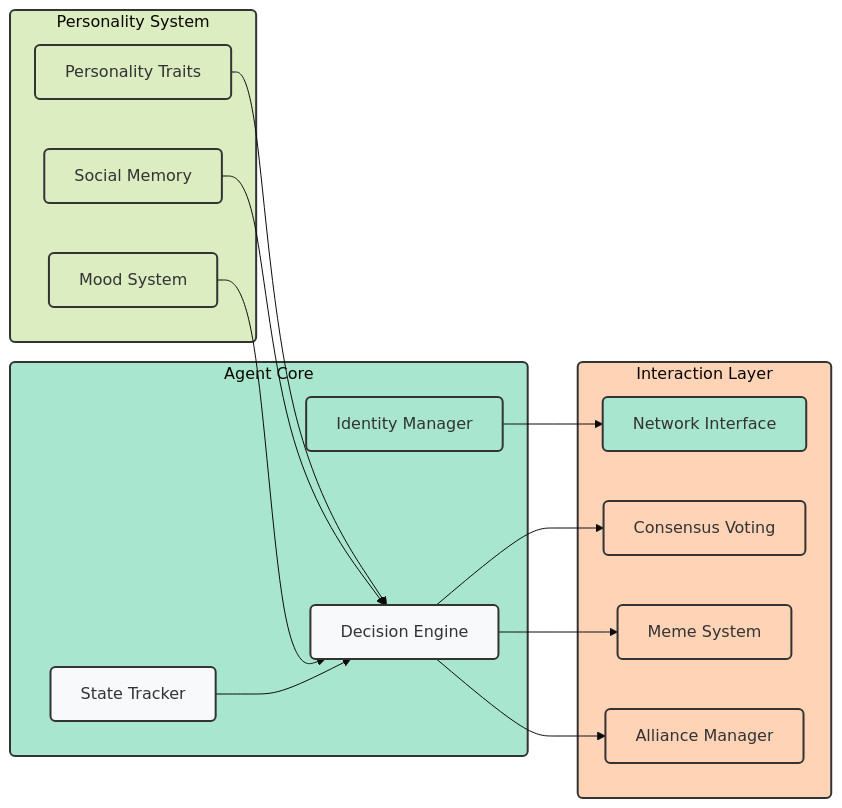
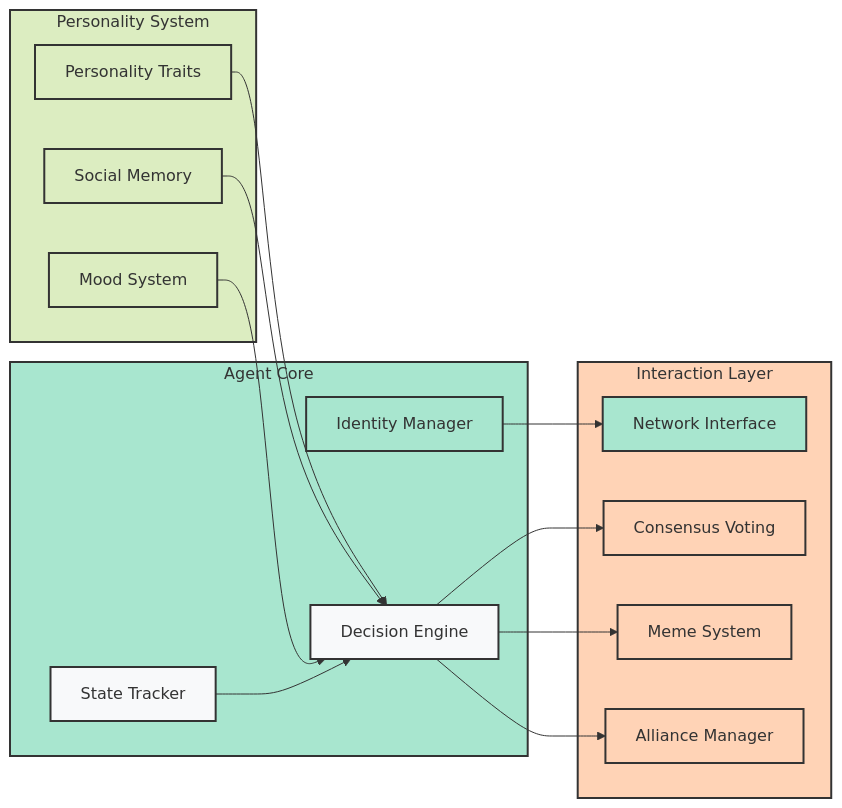
The second of 6 diagrams in docs/introduction/architecture.md (SumeetChougule/chaoschain), drawn with Mermaid before and after one commit. The commit also changed other lines of this file, not shown here.

Commit message:
Simplify Mermaid syntax for better GitBook compatibility

````diff
--- a/docs/introduction/architecture.md
+++ b/docs/introduction/architecture.md
@@ -80,40 +80,39 @@
 ```mermaid
-%%{init: {'theme': 'base', 'themeVariables': { 'fontSize': '16px', 'fontFamily': 'arial' }}}%%
 flowchart LR
     subgraph Core["Agent Core"]
         I["Identity Manager"]
         D["Decision Engine"]
         S["State Tracker"]
     end
     
     subgraph Personality["Personality System"]
         P["Personality Traits"]
         SM["Social Memory"]
         M["Mood System"]
     end
     
     subgraph Interaction["Interaction Layer"]
         N["Network Interface"]
         C["Consensus Voting"]
         MS["Meme System"]
         A["Alliance Manager"]
     end
     
     P --> D
     SM --> D
     M --> D
     D --> C
     D --> MS
     D --> A
     I --> N
     S --> D
     
-    classDef default fill:#f8f9fa,stroke:#333,stroke-width:2px,rx:5,ry:5
-    classDef core fill:#a8e6cf,stroke:#333,stroke-width:2px,rx:5,ry:5
-    classDef personality fill:#dcedc1,stroke:#333,stroke-width:2px,rx:5,ry:5
-    classDef interaction fill:#ffd3b6,stroke:#333,stroke-width:2px,rx:5,ry:5
+    classDef default fill:#f8f9fa,stroke:#333,stroke-width:2px
+    classDef core fill:#a8e6cf,stroke:#333,stroke-width:2px
+    classDef personality fill:#dcedc1,stroke:#333,stroke-width:2px
+    classDef interaction fill:#ffd3b6,stroke:#333,stroke-width:2px
     
     class I,N,Core core
     class P,SM,M,Personality personality
     class C,MS,A,Interaction interaction
 ```
````
